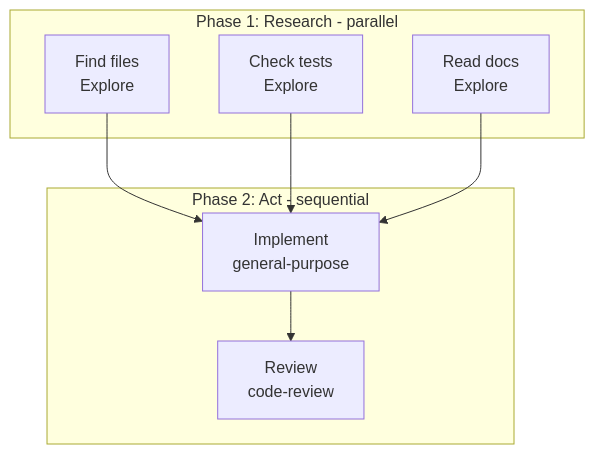
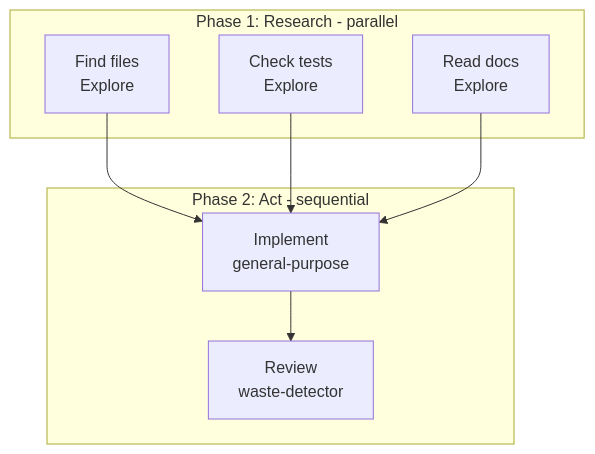
Before and after one commit to yagizdo/quiver: the eighth of 10 diagrams in skills/orchestrate-agents/SKILL.md, drawn with Mermaid. The commit also changed other lines of this file and 10 other files, not shown here.

First line of the commit message:
feat(review): reshape agent lineup with 3 original agents, replace code-review

````diff
--- a/skills/orchestrate-agents/SKILL.md
+++ b/skills/orchestrate-agents/SKILL.md
@@ -398,18 +398,18 @@
 ```mermaid
 flowchart TB
     subgraph PARALLEL[Phase 1: Research - parallel]
         S1[Find files<br/>Explore]
         S2[Check tests<br/>Explore]
         S3[Read docs<br/>Explore]
     end
 
     subgraph SEQUENTIAL[Phase 2: Act - sequential]
         S4[Implement<br/>general-purpose]
-        S5[Review<br/>code-review]
+        S5[Review<br/>waste-detector]
     end
 
     S1 --> S4
     S2 --> S4
     S3 --> S4
     S4 --> S5
 ```
````
